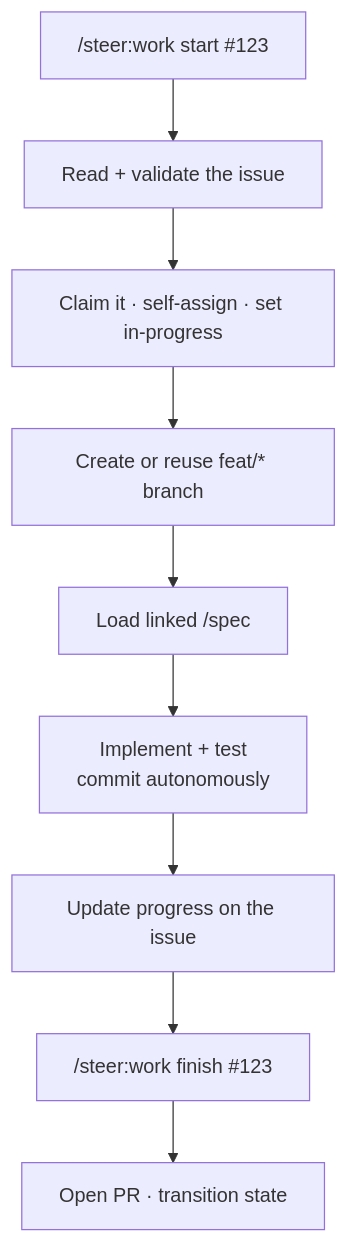
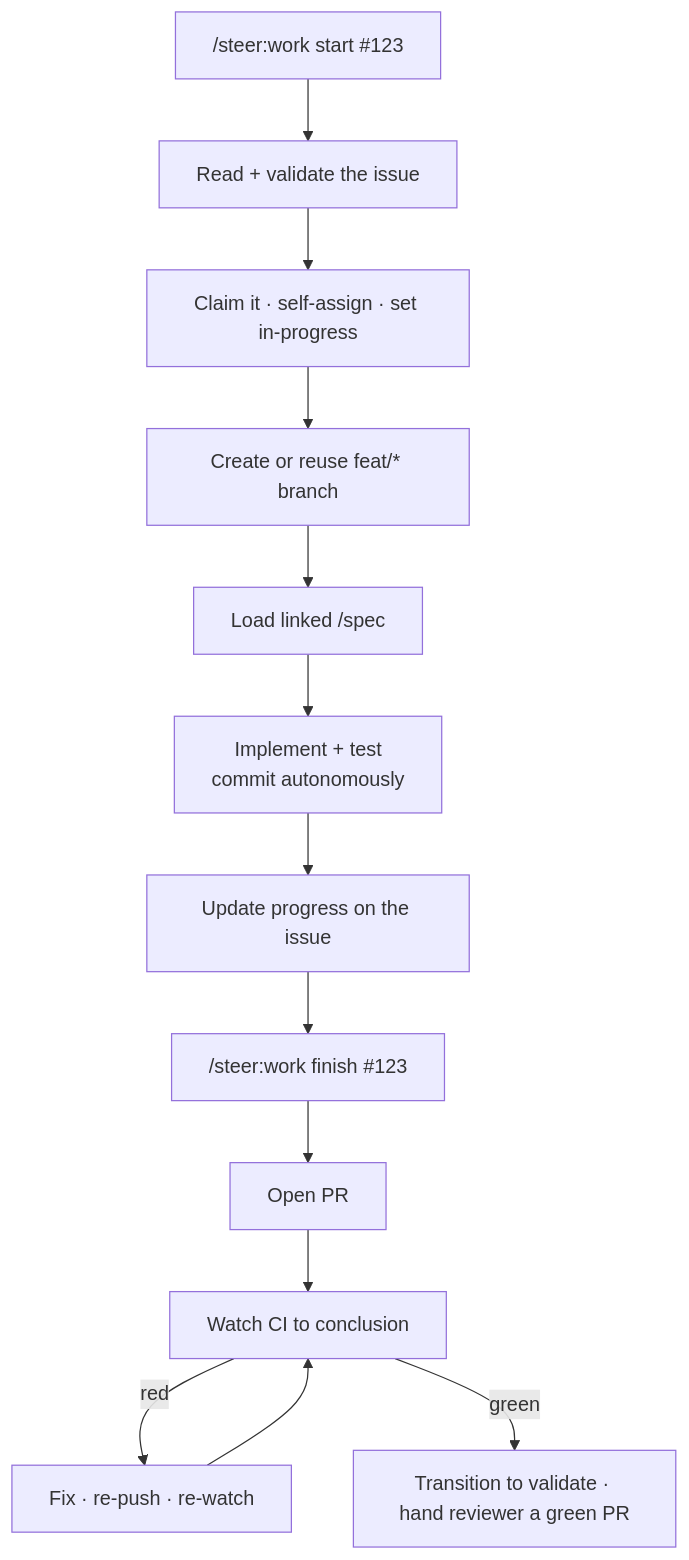
Before and after one commit to element22llc/e22-plugins: the diagram in docs/workflows/work.md, drawn with Mermaid. The commit also changed other lines of this file and 1 other file, not shown here.

First line of the commit message:
docs: reconcile work-lifecycle + authorization docs with post-push CI watch

````diff
--- a/docs/workflows/work.md
+++ b/docs/workflows/work.md
@@ -14,11 +14,15 @@
 ```mermaid
 flowchart TD
     START["/steer:work start #123"] --> VALIDATE[Read + validate the issue]
     VALIDATE --> CLAIM[Claim it · self-assign · set in-progress]
     CLAIM --> BRANCH[Create or reuse feat/* branch]
     BRANCH --> SPEC[Load linked /spec]
     SPEC --> IMPL[Implement + test<br/>commit autonomously]
     IMPL --> PROGRESS[Update progress on the issue]
     PROGRESS --> FINISH["/steer:work finish #123"]
-    FINISH --> PR[Open PR · transition state]
+    FINISH --> PR[Open PR]
+    PR --> WATCH[Watch CI to conclusion]
+    WATCH -->|red| FIX[Fix · re-push · re-watch]
+    FIX --> WATCH
+    WATCH -->|green| STATE[Transition to validate · hand reviewer a green PR]
 ```
````
